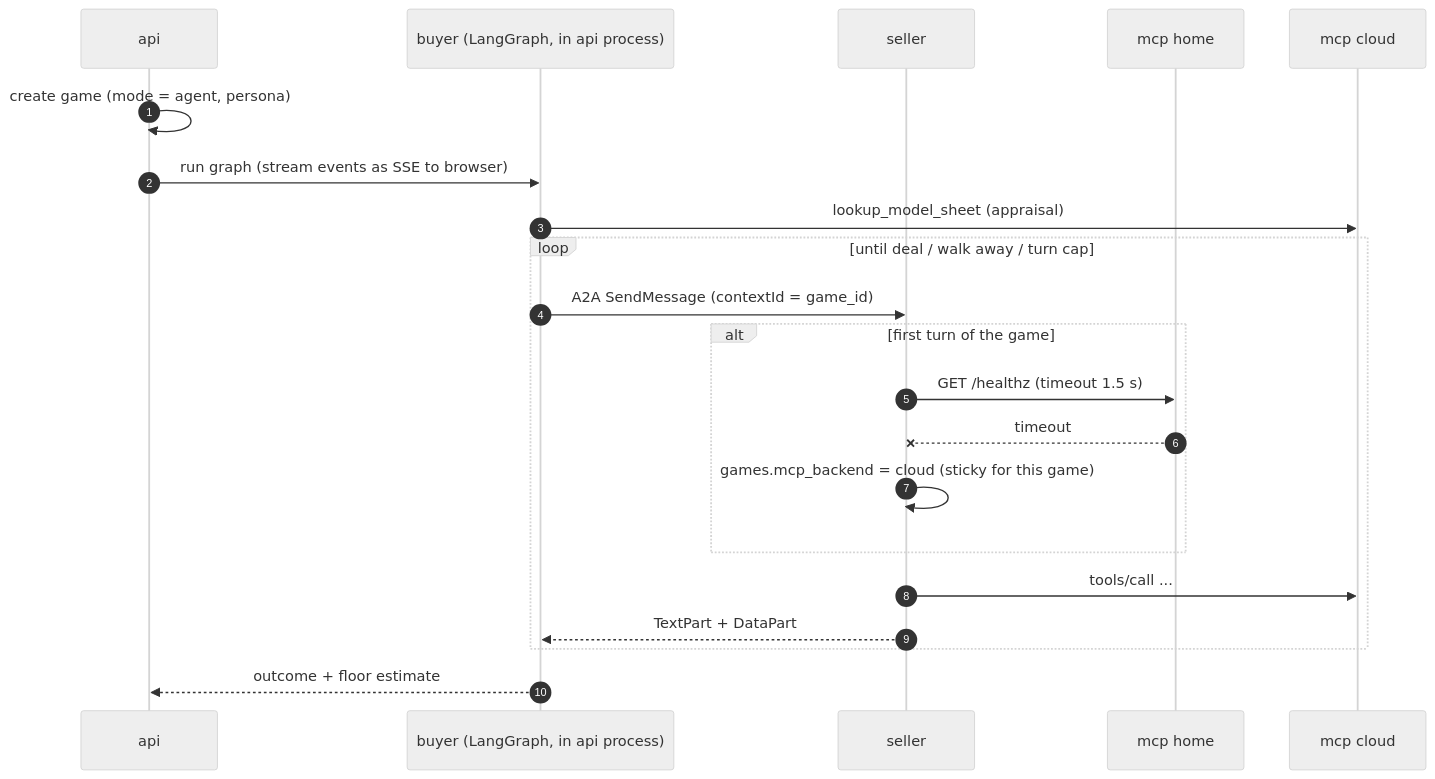
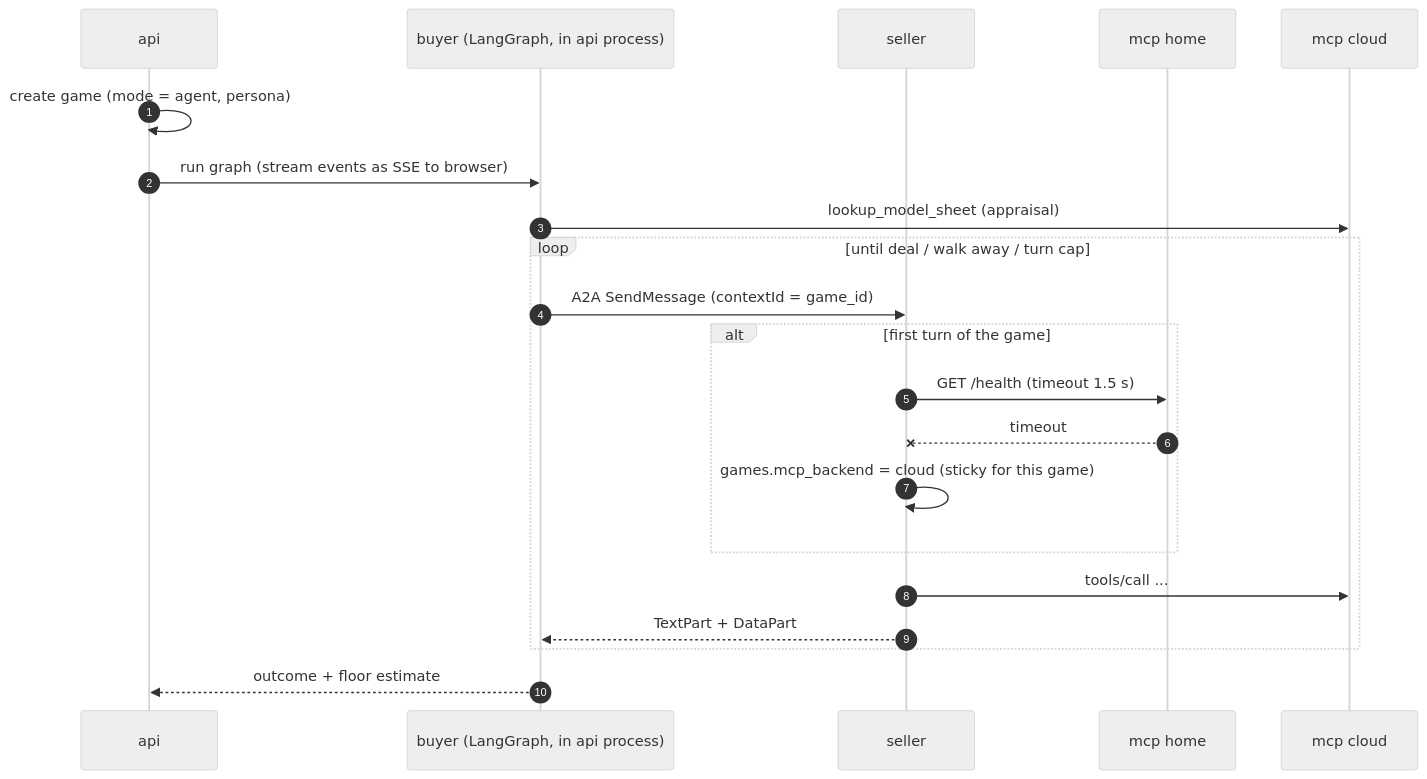
Before and after one commit to raulEspaa/haggle-garage: the third of 5 diagrams in docs/02-architecture.md, drawn with Mermaid (neutral theme). The commit also changed other lines of this file and 8 other files, not shown here.

First line of the commit message:
fix(api): serve health check on /health instead of /healthz

````diff
--- a/docs/02-architecture.md
+++ b/docs/02-architecture.md
@@ -132,24 +132,24 @@
 ```mermaid
 sequenceDiagram
     autonumber
     participant API as api
     participant B as buyer (LangGraph, in api process)
     participant S as seller
     participant MH as mcp home
     participant MC as mcp cloud
 
     API->>API: create game (mode = agent, persona)
     API->>B: run graph (stream events as SSE to browser)
     B->>MC: lookup_model_sheet (appraisal)
     loop until deal / walk away / turn cap
         B->>S: A2A SendMessage (contextId = game_id)
         alt first turn of the game
-            S->>MH: GET /healthz (timeout 1.5 s)
+            S->>MH: GET /health (timeout 1.5 s)
             MH--xS: timeout
             S->>S: games.mcp_backend = cloud (sticky for this game)
         end
         S->>MC: tools/call ...
         S-->>B: TextPart + DataPart
     end
     B-->>API: outcome + floor estimate
 ```
````
